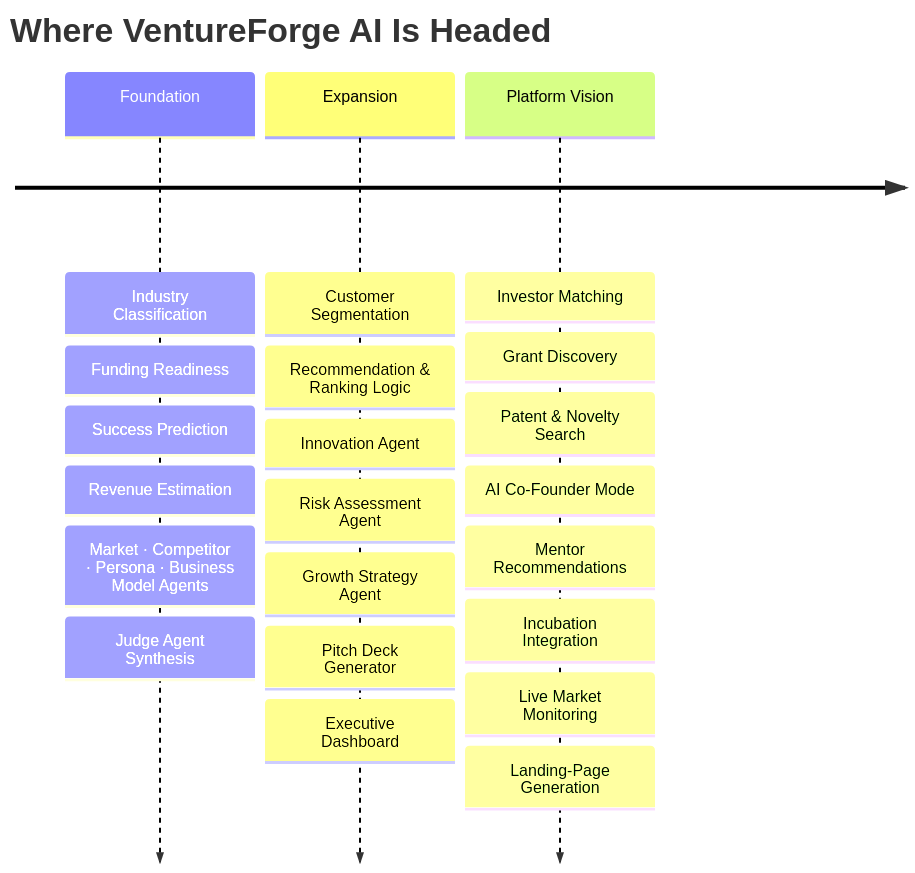
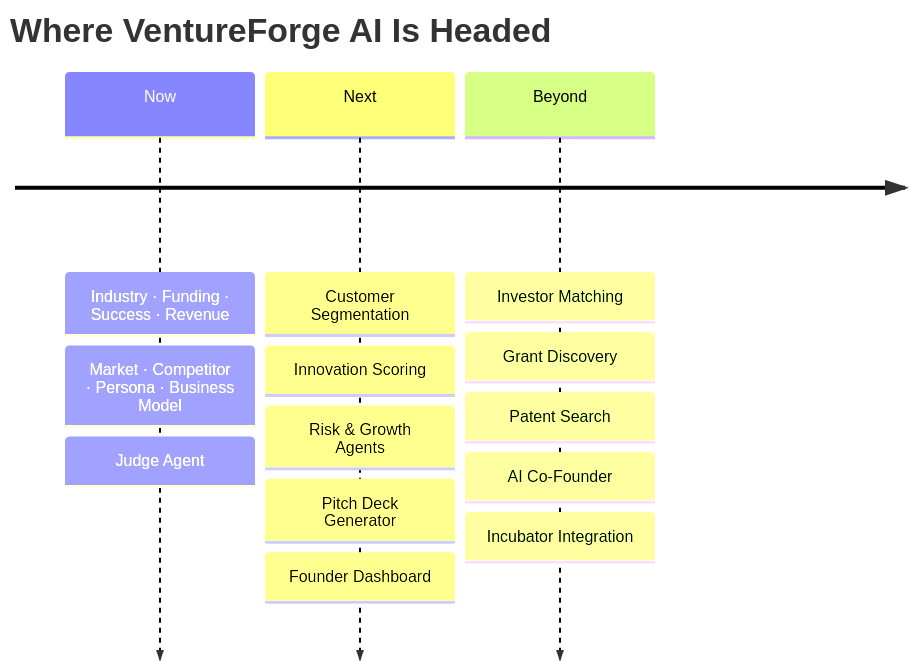
The fourth of 4 diagrams in README.md (DivyaShreeS09/VentureForge-AI), drawn with Mermaid before and after one commit. The commit also changed other lines of this file and 1 other file, not shown here.

````diff
--- a/README.md
+++ b/README.md
@@ -492,7 +252,7 @@
 ```mermaid
 timeline
     title Where VentureForge AI Is Headed
-    Foundation : Industry Classification : Funding Readiness : Success Prediction : Revenue Estimation : Market · Competitor · Persona · Business Model Agents : Judge Agent Synthesis
-    Expansion : Customer Segmentation : Recommendation & Ranking Logic : Innovation Agent : Risk Assessment Agent : Growth Strategy Agent : Pitch Deck Generator : Executive Dashboard
-    Platform Vision : Investor Matching : Grant Discovery : Patent & Novelty Search : AI Co-Founder Mode : Mentor Recommendations : Incubation Integration : Live Market Monitoring : Landing-Page Generation
+    Now : Industry · Funding · Success · Revenue : Market · Competitor · Persona · Business Model : Judge Agent
+    Next : Customer Segmentation : Innovation Scoring : Risk & Growth Agents : Pitch Deck Generator : Founder Dashboard
+    Beyond : Investor Matching : Grant Discovery : Patent Search : AI Co-Founder : Incubator Integration
 ```
````
